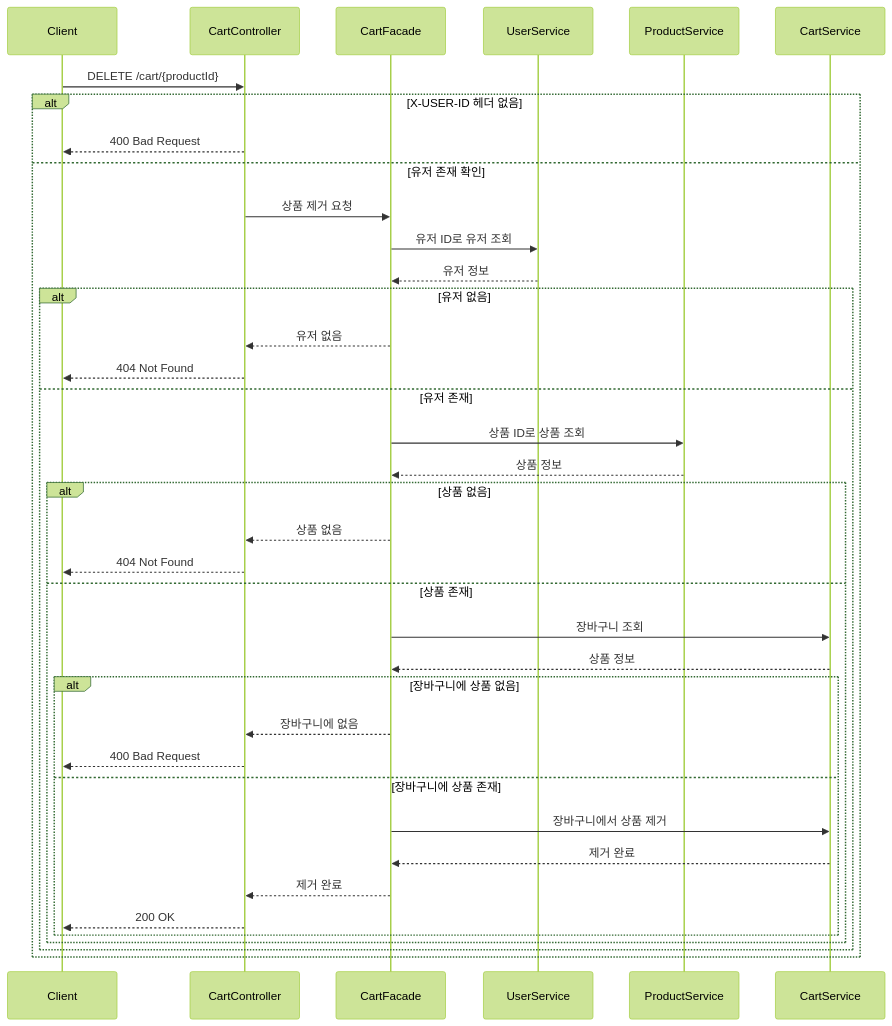
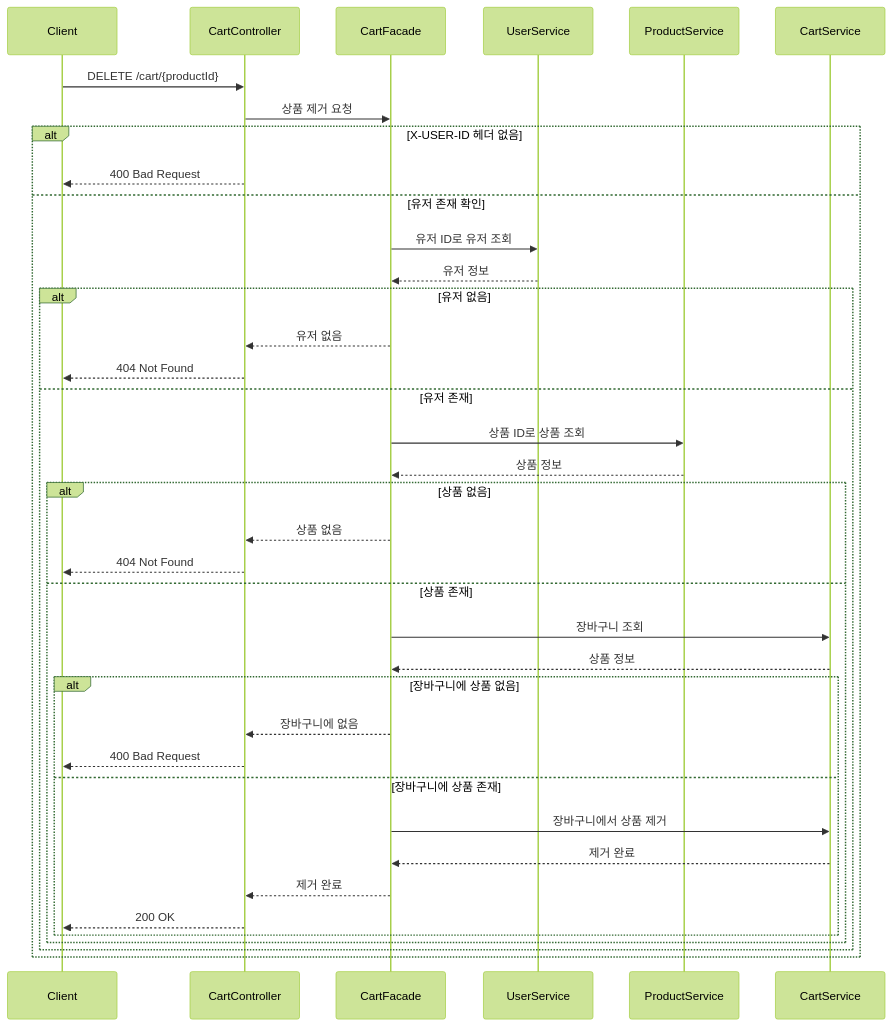
One commit to HYEONMIN94/loopers-spring-kotlin-template changed the seventh of 15 diagrams in docs/design/02-sequence-diagrams.md. Above: the diagram before and after it, drawn with Mermaid (forest theme). The commit also changed other lines of this file, not shown here.

````diff
--- a/docs/design/02-sequence-diagrams.md
+++ b/docs/design/02-sequence-diagrams.md
@@ -215,45 +215,45 @@
 ```mermaid
 sequenceDiagram
     participant Client
     participant CartController
     participant CartFacade
     participant UserService
     participant ProductService
     participant CartService
 
     Client->>CartController: DELETE /cart/{productId}
+    CartController->>CartFacade: 상품 제거 요청
 
     alt X-USER-ID 헤더 없음
         CartController-->>Client: 400 Bad Request
     else 유저 존재 확인
-        CartController->>CartFacade: 상품 제거 요청
         CartFacade->>UserService: 유저 ID로 유저 조회
         UserService-->>CartFacade: 유저 정보
 
         alt 유저 없음
             CartFacade-->>CartController: 유저 없음
             CartController-->>Client: 404 Not Found
         else 유저 존재
             CartFacade->>ProductService: 상품 ID로 상품 조회
             ProductService-->>CartFacade: 상품 정보
 
             alt 상품 없음
                 CartFacade-->>CartController: 상품 없음
                 CartController-->>Client: 404 Not Found
             else 상품 존재
                 CartFacade->>CartService: 장바구니 조회
                 CartService-->>CartFacade: 상품 정보
 
                 alt 장바구니에 상품 없음
                     CartFacade-->>CartController: 장바구니에 없음
                     CartController-->>Client: 400 Bad Request
                 else 장바구니에 상품 존재
                     CartFacade->>CartService: 장바구니에서 상품 제거
                     CartService-->>CartFacade: 제거 완료
                     CartFacade-->>CartController: 제거 완료
                     CartController-->>Client: 200 OK
                 end
             end
         end
     end
 ```
````
